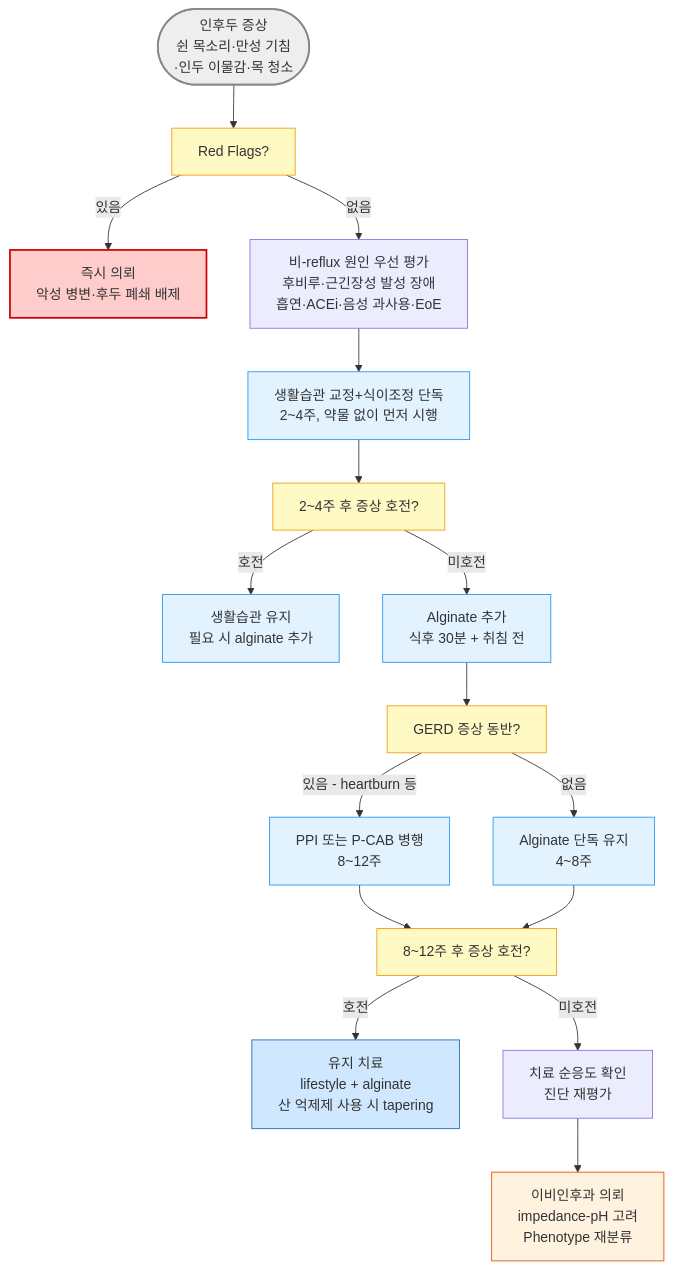
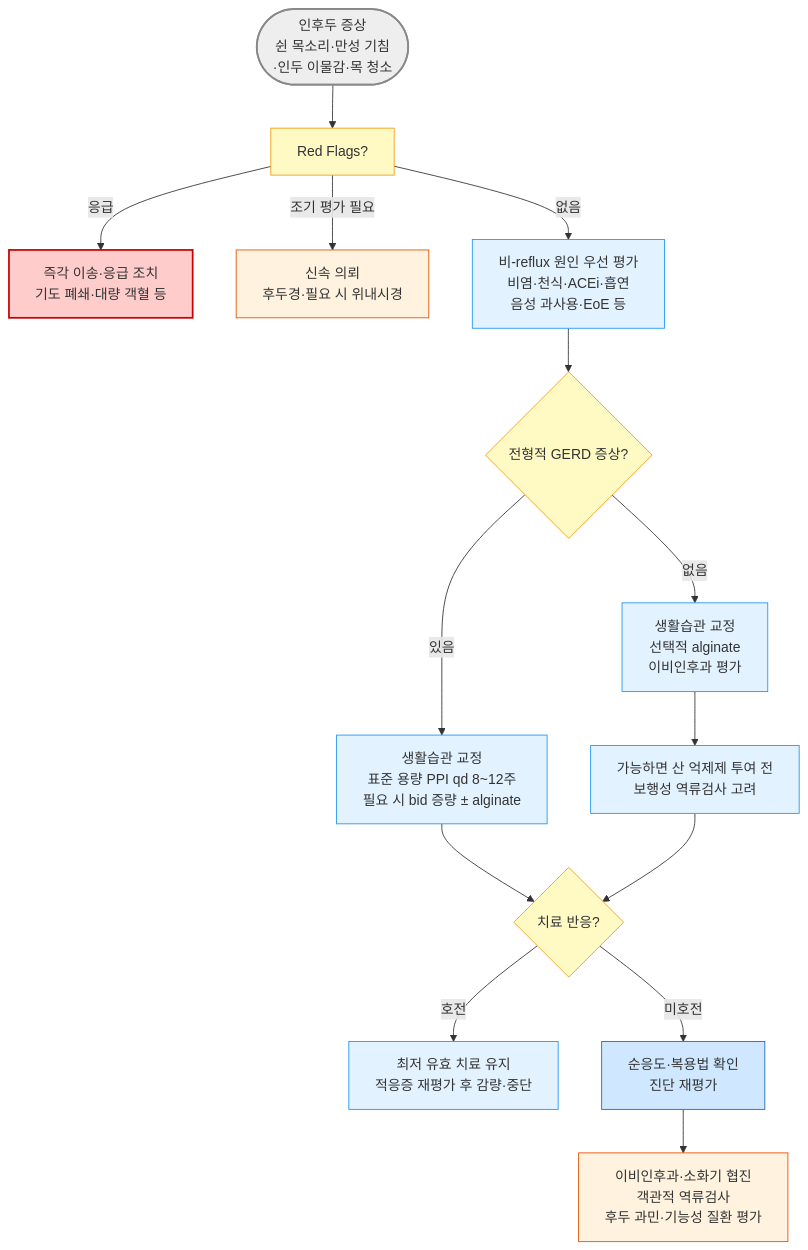
The diagram in 223_/062_-laryngopharyngeal-reflux-lpr.md (familyoh77/familyoh77), drawn with Mermaid before and after one commit. The commit also changed other lines of this file and 5 other files, not shown here.

````diff
--- a/223_/062_-laryngopharyngeal-reflux-lpr.md
+++ b/223_/062_-laryngopharyngeal-reflux-lpr.md
@@ -86,28 +92,27 @@
 ```mermaid
 graph TD
 A([인후두 증상<br/>쉰 목소리·만성 기침<br/>·인두 이물감·목 청소]) --> B[Red Flags?]
-B -->|있음| C["즉시 의뢰<br/>악성 병변·후두 폐쇄 배제"]
-B -->|없음| D["비-reflux 원인 우선 평가<br/>후비루·근긴장성 발성 장애<br/>흡연·ACEi·음성 과사용·EoE"]
-D --> E["생활습관 교정+식이조정 단독<br/>2~4주, 약물 없이 먼저 시행"]
-E --> F[2~4주 후 증상 호전?]
-F -->|호전| G["생활습관 유지<br/>필요 시 alginate 추가"]
-F -->|미호전| H["Alginate 추가<br/>식후 30분 + 취침 전"]
-H --> I[GERD 증상 동반?]
-I -->|있음 - heartburn 등| J["PPI 또는 P-CAB 병행<br/>8~12주"]
-I -->|없음| K["Alginate 단독 유지<br/>4~8주"]
-J --> L[8~12주 후 증상 호전?]
-K --> L
-L -->|호전| M["유지 치료<br/>lifestyle + alginate<br/>산 억제제 사용 시 tapering"]
-L -->|미호전| N["치료 순응도 확인<br/>진단 재평가"]
-N --> O["이비인후과 의뢰<br/>impedance-pH 고려<br/>Phenotype 재분류"]
+B -->|응급| C["즉각 이송·응급 조치<br/>기도 폐쇄·대량 객혈 등"]
+B -->|조기 평가 필요| D["신속 의뢰<br/>후두경·필요 시 위내시경"]
+B -->|없음| E["비-reflux 원인 우선 평가<br/>비염·천식·ACEi·흡연<br/>음성 과사용·EoE 등"]
+E --> F{전형적 GERD 증상?}
+F -->|있음| G["생활습관 교정<br/>표준 용량 PPI qd 8~12주<br/>필요 시 bid 증량 ± alginate"]
+F -->|없음| H["생활습관 교정<br/>선택적 alginate<br/>이비인후과 평가"]
+H --> I["가능하면 산 억제제 투여 전<br/>보행성 역류검사 고려"]
+G --> J{치료 반응?}
+I --> J
+J -->|호전| K["최저 유효 치료 유지<br/>적응증 재평가 후 감량·중단"]
+J -->|미호전| L["순응도·복용법 확인<br/>진단 재평가"]
+L --> M["이비인후과·소화기 협진<br/>객관적 역류검사<br/>후두 과민·기능성 질환 평가"]
 
 style A fill:#eeeeee,stroke:#888888,stroke-width:2px
 classDef yellow fill:#fff9c4,stroke:#f39c12
-class B,F,I,L yellow
+class B,F,J yellow
 classDef sky fill:#e3f2ff,stroke:#2196f3
-class E,G,H,J,K sky
-style M fill:#d0e8ff,stroke:#1a6abf
+class E,G,H,I,K sky
+style L fill:#d0e8ff,stroke:#1a6abf
     style C fill:#ffcccc,stroke:#cc0000,stroke-width:2px
-    style O fill:#fff3e0,stroke:#e65100
+    style D fill:#fff3e0,stroke:#e65100
+    style M fill:#fff3e0,stroke:#e65100
 
 ```
````
